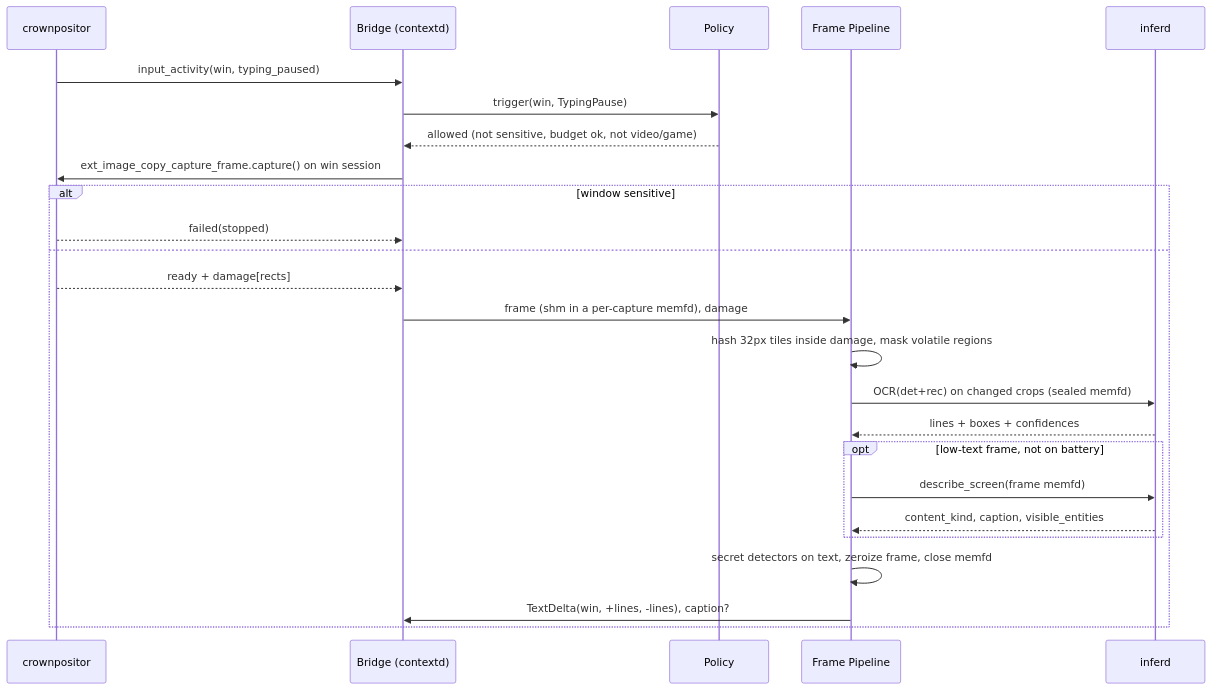
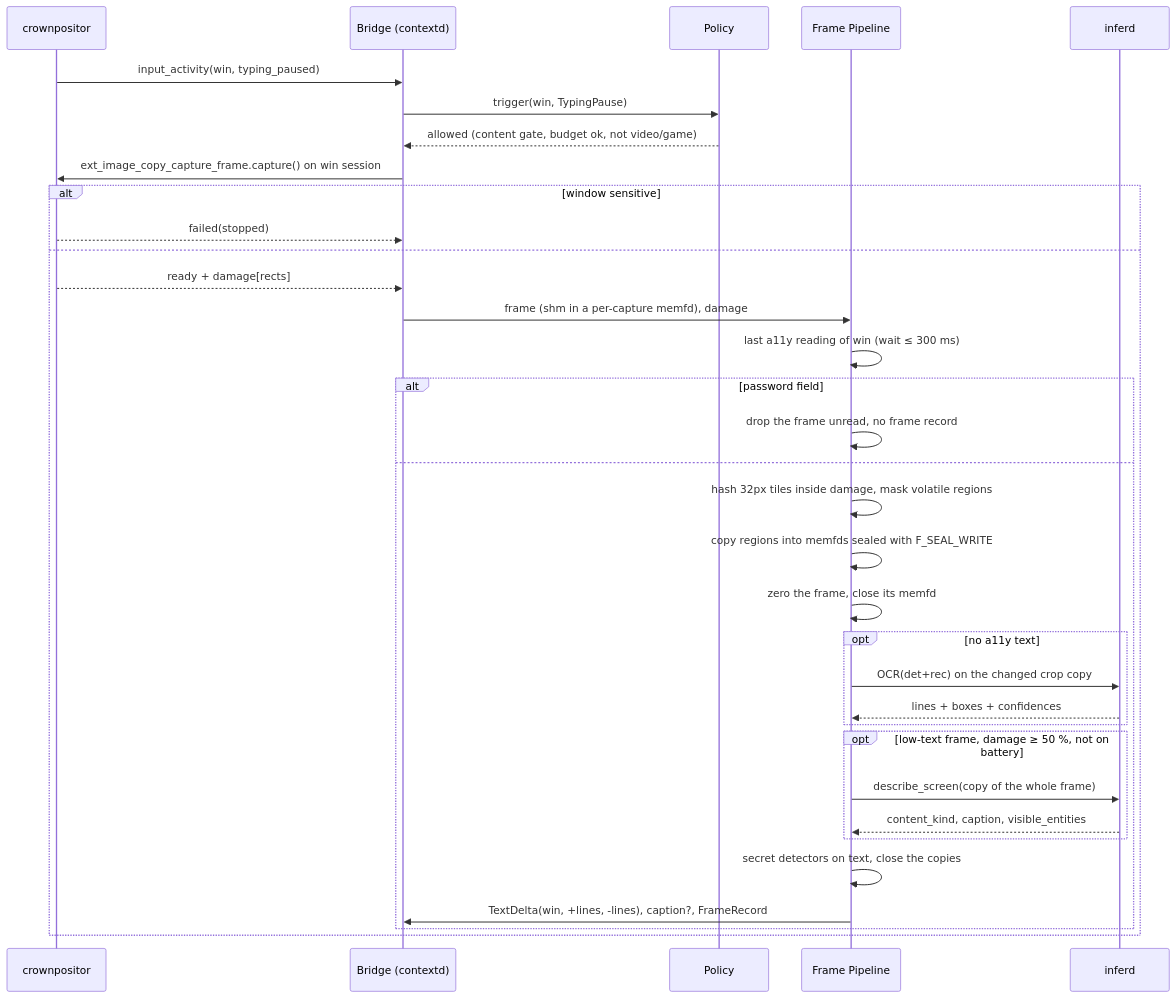
One commit to Crown-OS/crownos-visual-context-engine changed the third of 4 diagrams in docs/02-architecture.md. Above: the diagram before and after it, drawn with Mermaid. The commit also changed other lines of this file and 4 other files, not shown here.

````diff
--- a/docs/02-architecture.md
+++ b/docs/02-architecture.md
@@ -213,27 +214,36 @@
 ```mermaid
 sequenceDiagram
   participant C as crownpositor
   participant B as Bridge (contextd)
   participant P as Policy
   participant F as Frame Pipeline
   participant I as inferd
   C->>B: input_activity(win, typing_paused)
   B->>P: trigger(win, TypingPause)
-  P-->>B: allowed (not sensitive, budget ok, not video/game)
+  P-->>B: allowed (content gate, budget ok, not video/game)
   B->>C: ext_image_copy_capture_frame.capture() on win session
   alt window sensitive
     C-->>B: failed(stopped)
   else
     C-->>B: ready + damage[rects]
     B->>F: frame (shm in a per-capture memfd), damage
-    F->>F: hash 32px tiles inside damage, mask volatile regions
-    F->>I: OCR(det+rec) on changed crops (sealed memfd)
-    I-->>F: lines + boxes + confidences
-    opt low-text frame, not on battery
-      F->>I: describe_screen(frame memfd)
-      I-->>F: content_kind, caption, visible_entities
+    F->>F: last a11y reading of win (wait ≤ 300 ms)
+    alt password field
+      F->>F: drop the frame unread, no frame record
+    else
+      F->>F: hash 32px tiles inside damage, mask volatile regions
+      F->>F: copy regions into memfds sealed with F_SEAL_WRITE
+      F->>F: zero the frame, close its memfd
+      opt no a11y text
+        F->>I: OCR(det+rec) on the changed crop copy
+        I-->>F: lines + boxes + confidences
+      end
+      opt low-text frame, damage ≥ 50 %, not on battery
+        F->>I: describe_screen(copy of the whole frame)
+        I-->>F: content_kind, caption, visible_entities
+      end
+      F->>F: secret detectors on text, close the copies
+      F->>B: TextDelta(win, +lines, -lines), caption?, FrameRecord
     end
-    F->>F: secret detectors on text, zeroize frame, close memfd
-    F->>B: TextDelta(win, +lines, -lines), caption?
   end
 ```
````
